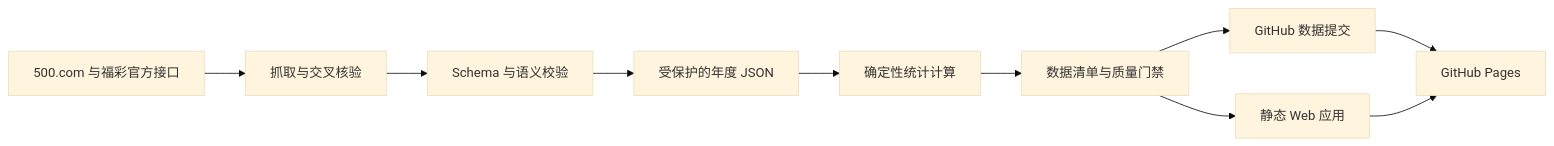
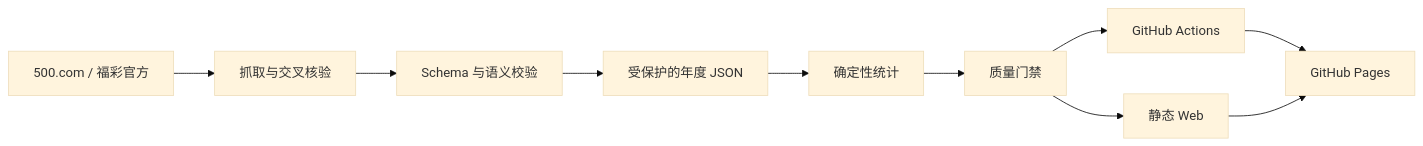
The diagram in README.md (zhouminghan/ssq-hub), drawn with Mermaid (base theme) before and after one commit. The commit also changed other lines of this file and 61 other files, not shown here.

````diff
--- a/README.md
+++ b/README.md
@@ -83,12 +28,12 @@
 ```mermaid
 flowchart LR
-    A[500.com 与福彩官方接口] --> B[抓取与交叉核验]
+    A[500.com / 福彩官方] --> B[抓取与交叉核验]
     B --> C[Schema 与语义校验]
     C --> D[受保护的年度 JSON]
-    D --> E[确定性统计计算]
-    E --> F[数据清单与质量门禁]
-    F --> G[GitHub 数据提交]
-    F --> H[静态 Web 应用]
+    D --> E[确定性统计]
+    E --> F[质量门禁]
+    F --> G[GitHub Actions]
+    F --> H[静态 Web]
     G --> I[GitHub Pages]
     H --> I
 ```
````
